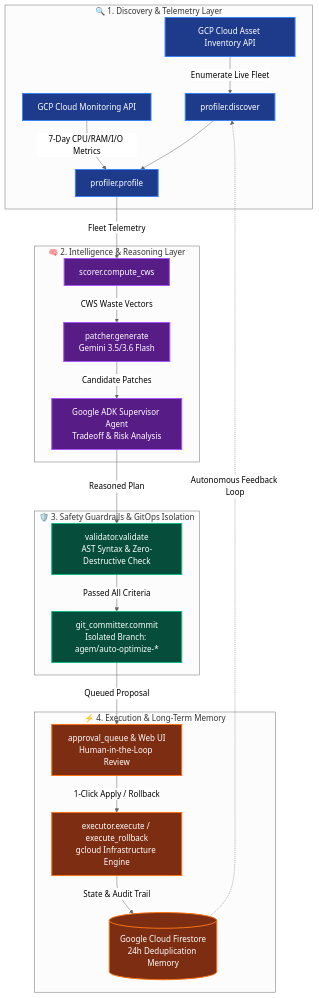
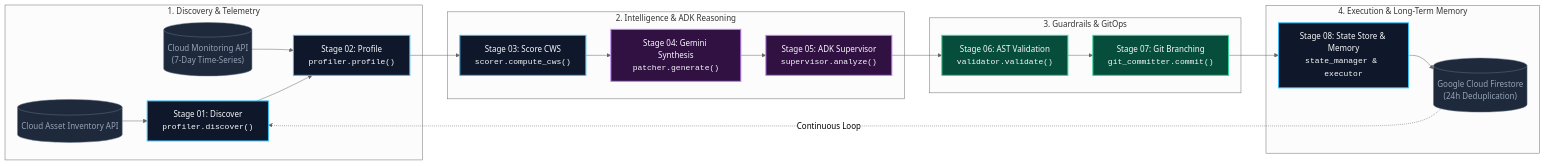
Before and after one commit to rakeshraks2612-maker/AGEM: the diagram in README.md, drawn with Mermaid (neutral theme). The commit also changed other lines of this file, not shown here.

Commit message:
docs: polish README to enterprise standard, remove ASCII banner, and enhance architecture flowchart

````diff
--- a/README.md
+++ b/README.md
@@ -52,35 +45,31 @@
 ```mermaid
-flowchart TD
-    classDef discovery fill:#1e3a8a,stroke:#3b82f6,stroke-width:2px,color:#ffffff;
-    classDef intelligence fill:#581c87,stroke:#a855f7,stroke-width:2px,color:#ffffff;
-    classDef guardrails fill:#064e3b,stroke:#10b981,stroke-width:2px,color:#ffffff;
-    classDef execution fill:#7c2d12,stroke:#f97316,stroke-width:2px,color:#ffffff;
+flowchart LR
+    %% Styles
+    classDef stepNode fill:#0f172a,stroke:#38bdf8,stroke-width:2px,color:#f8fafc;
+    classDef llmNode fill:#311042,stroke:#c084fc,stroke-width:2px,color:#f8fafc;
+    classDef guardNode fill:#064e3b,stroke:#34d399,stroke-width:2px,color:#f8fafc;
+    classDef extNode fill:#1e293b,stroke:#64748b,stroke-width:1px,color:#94a3b8;
 
-    subgraph Phase1["🔍 1. Discovery & Telemetry Layer"]
-        A[GCP Cloud Asset Inventory API] -->|Enumerate Live Fleet| P1[profiler.discover]
-        B[GCP Cloud Monitoring API] -->|7-Day CPU/RAM/I/O Metrics| P2[profiler.profile]
+    subgraph DiscoveryLayer["1. Discovery & Telemetry"]
+        A1[("Cloud Asset Inventory API")]:::extNode --> P1["Stage 01: Discover<br/><code>profiler.discover()</code>"]:::stepNode
+        A2[("Cloud Monitoring API<br/>(7-Day Time-Series)")]:::extNode --> P2["Stage 02: Profile<br/><code>profiler.profile()</code>"]:::stepNode
         P1 --> P2
     end
-    class A,B,P1,P2 discovery;
 
-    subgraph Phase2["🧠 2. Intelligence & Reasoning Layer"]
-        P2 -->|Fleet Telemetry| S[scorer.compute_cws]
-        S -->|CWS Waste Vectors| G[patcher.generate<br/>Gemini 3.5/3.6 Flash]
-        G -->|Candidate Patches| ADK[Google ADK Supervisor Agent<br/>Tradeoff & Risk Analysis]
+    subgraph IntelligenceLayer["2. Intelligence & ADK Reasoning"]
+        P2 --> P3["Stage 03: Score CWS<br/><code>scorer.compute_cws()</code>"]:::stepNode
+        P3 --> P4["Stage 04: Gemini Synthesis<br/><code>patcher.generate()</code>"]:::llmNode
+        P4 --> P5["Stage 05: ADK Supervisor<br/><code>supervisor.analyze()</code>"]:::llmNode
     end
-    class S,G,ADK intelligence;
 
-    subgraph Phase3["🛡️ 3. Safety Guardrails & GitOps Isolation"]
-        ADK -->|Reasoned Plan| V[validator.validate<br/>AST Syntax & Zero-Destructive Check]
-        V -->|Passed All Criteria| GIT[git_committer.commit<br/>Isolated Branch: agem/auto-optimize-*]
+    subgraph SafetyLayer["3. Guardrails & GitOps"]
+        P5 --> P6["Stage 06: AST Validation<br/><code>validator.validate()</code>"]:::guardNode
+        P6 --> P7["Stage 07: Git Branching<br/><code>git_committer.commit()</code>"]:::guardNode
     end
-    class V,GIT guardrails;
 
-    subgraph Phase4["⚡ 4. Execution & Long-Term Memory"]
-        GIT -->|Queued Proposal| Q[approval_queue & Web UI<br/>Human-in-the-Loop Review]
-        Q -->|1-Click Apply / Rollback| EX[executor.execute / execute_rollback<br/>gcloud Infrastructure Engine]
-        EX -->|State & Audit Trail| FS[(Google Cloud Firestore<br/>24h Deduplication Memory)]
-        FS -.->|Autonomous Feedback Loop| P1
+    subgraph ExecutionLayer["4. Execution & Long-Term Memory"]
+        P7 --> P8["Stage 08: State Store & Memory<br/><code>state_manager & executor</code>"]:::stepNode
+        P8 --> A3[("Google Cloud Firestore<br/>(24h Deduplication)")]:::extNode
+        A3 -.->|"Continuous Loop"| P1
     end
-    class Q,EX,FS execution;
 ```
````
